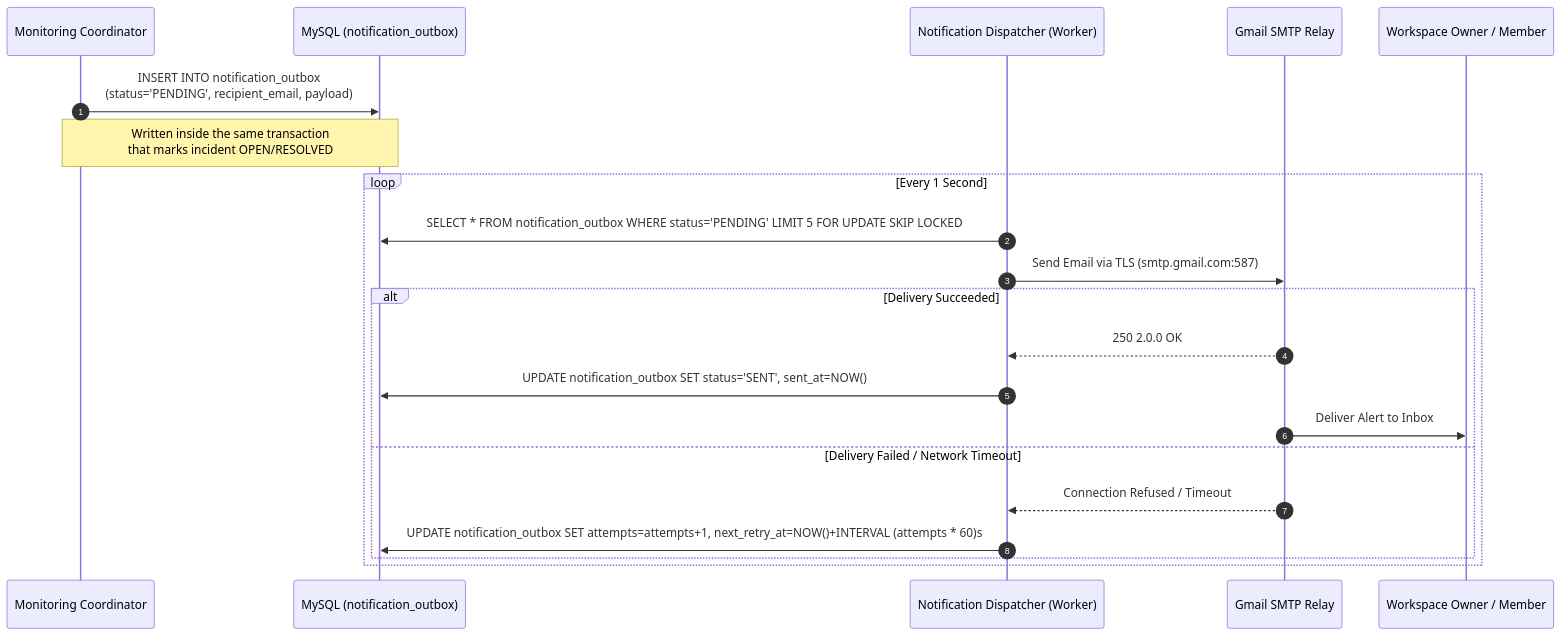
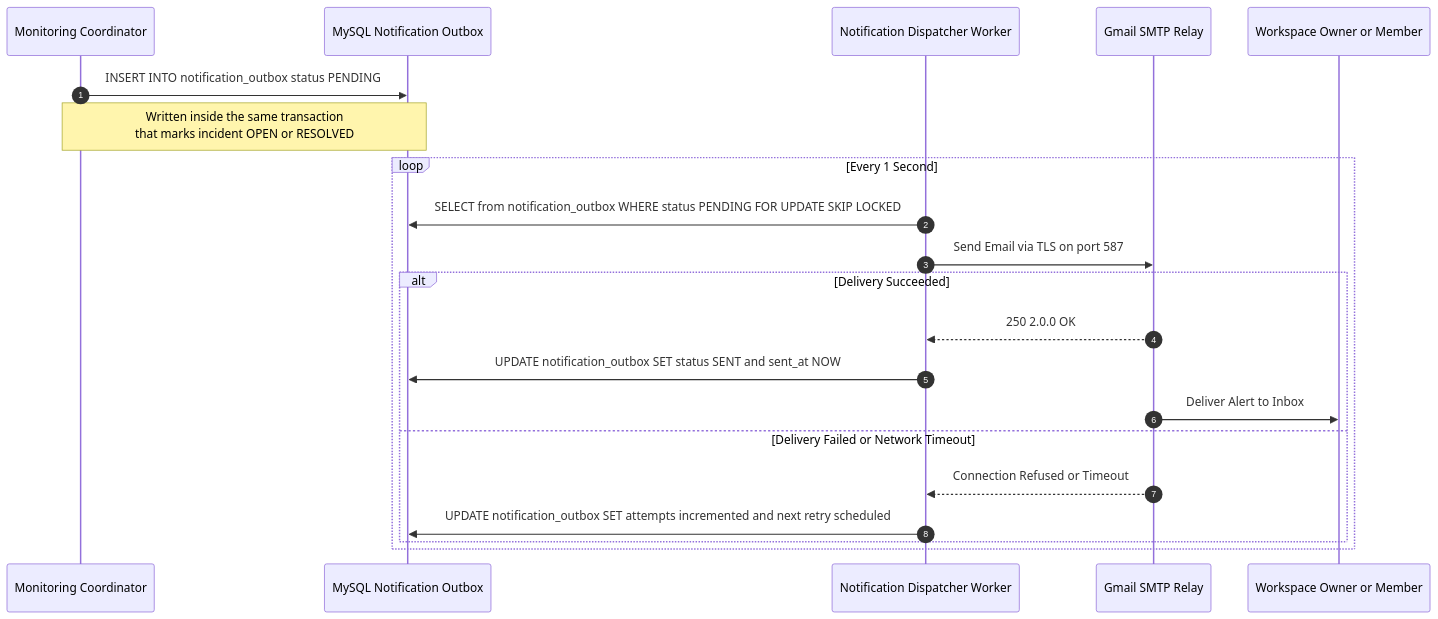
The first of 2 diagrams in docs/architecture/notification-system.md (ritesh0w0/APIDash), drawn with Mermaid before and after one commit. The commit also changed 4 other files, not shown here.

Commit message:
fix(docs): eliminate semicolons and special tokens in Mermaid sequence diagrams

````diff
--- a/docs/architecture/notification-system.md
+++ b/docs/architecture/notification-system.md
@@ -11,25 +11,25 @@
 ```mermaid
 sequenceDiagram
     autonumber
     participant Coord as Monitoring Coordinator
-    participant DB as MySQL (notification_outbox)
-    participant W as Notification Dispatcher (Worker)
+    participant DB as MySQL Notification Outbox
+    participant W as Notification Dispatcher Worker
     participant SMTP as Gmail SMTP Relay
-    participant Recipient as Workspace Owner / Member
+    participant Recipient as Workspace Owner or Member
 
-    Coord->>DB: INSERT INTO notification_outbox<br/>(status='PENDING', recipient_email, payload)
-    Note over Coord,DB: Written inside the same transaction<br/>that marks incident OPEN/RESOLVED
+    Coord->>DB: INSERT INTO notification_outbox status PENDING
+    Note over Coord,DB: Written inside the same transaction<br/>that marks incident OPEN or RESOLVED
 
     loop Every 1 Second
-        W->>DB: SELECT * FROM notification_outbox WHERE status='PENDING' LIMIT 5 FOR UPDATE SKIP LOCKED
-        W->>SMTP: Send Email via TLS (smtp.gmail.com:587)
+        W->>DB: SELECT from notification_outbox WHERE status PENDING FOR UPDATE SKIP LOCKED
+        W->>SMTP: Send Email via TLS on port 587
         alt Delivery Succeeded
             SMTP-->>W: 250 2.0.0 OK
-            W->>DB: UPDATE notification_outbox SET status='SENT', sent_at=NOW()
+            W->>DB: UPDATE notification_outbox SET status SENT and sent_at NOW
             SMTP->>Recipient: Deliver Alert to Inbox
-        else Delivery Failed / Network Timeout
-            SMTP-->>W: Connection Refused / Timeout
-            W->>DB: UPDATE notification_outbox SET attempts=attempts+1, next_retry_at=NOW()+INTERVAL (attempts * 60)s
+        else Delivery Failed or Network Timeout
+            SMTP-->>W: Connection Refused or Timeout
+            W->>DB: UPDATE notification_outbox SET attempts incremented and next retry scheduled
         end
     end
 ```
````
